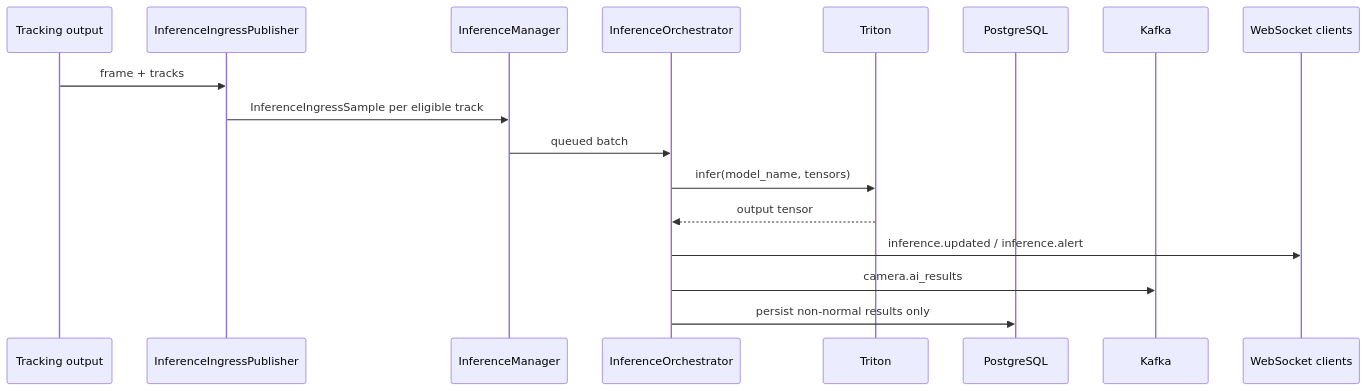
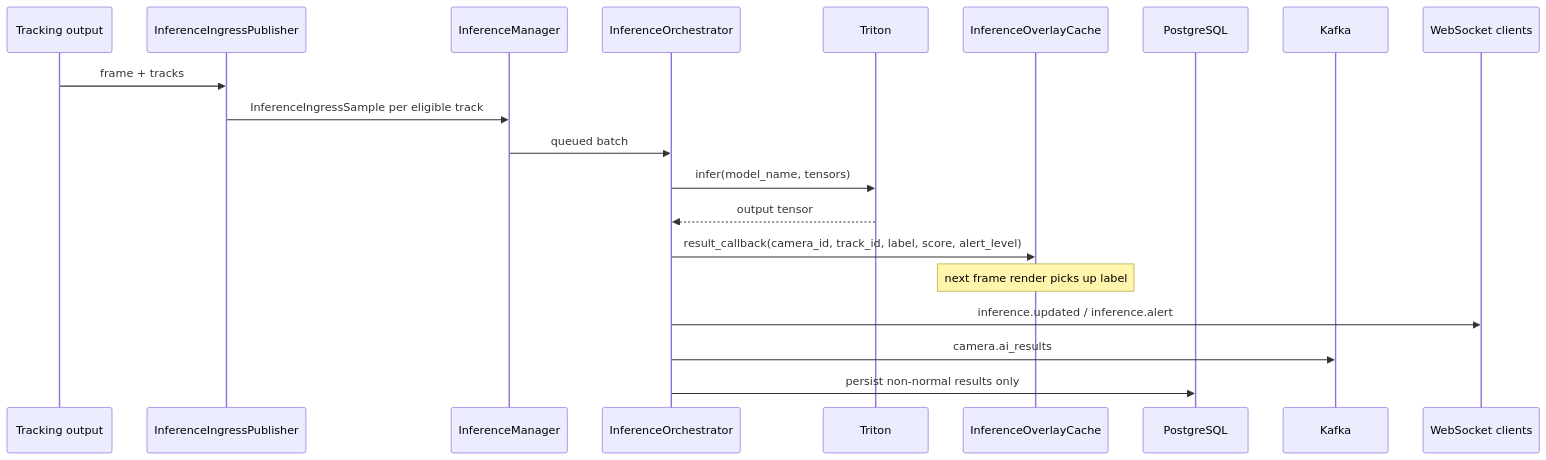
The sixth of 7 diagrams in backend/README.md (Premaramkarthik/Ai-Intelligence-Theft-Detection), drawn with Mermaid before and after one commit. The commit also changed other lines of this file and 85 other files, not shown here.

````diff
--- a/backend/README.md
+++ b/backend/README.md
@@ -546,20 +416,23 @@
 ```mermaid
 sequenceDiagram
     participant Track as Tracking output
     participant Ingress as InferenceIngressPublisher
     participant IM as InferenceManager
     participant IO as InferenceOrchestrator
     participant T as Triton
+    participant CB as InferenceOverlayCache
     participant PG as PostgreSQL
     participant K as Kafka
     participant WS as WebSocket clients
 
     Track->>Ingress: frame + tracks
     Ingress->>IM: InferenceIngressSample per eligible track
     IM->>IO: queued batch
     IO->>T: infer(model_name, tensors)
     T-->>IO: output tensor
+    IO->>CB: result_callback(camera_id, track_id, label, score, alert_level)
+    Note over CB: next frame render picks up label
     IO->>WS: inference.updated / inference.alert
     IO->>K: camera.ai_results
     IO->>PG: persist non-normal results only
 ```
````
